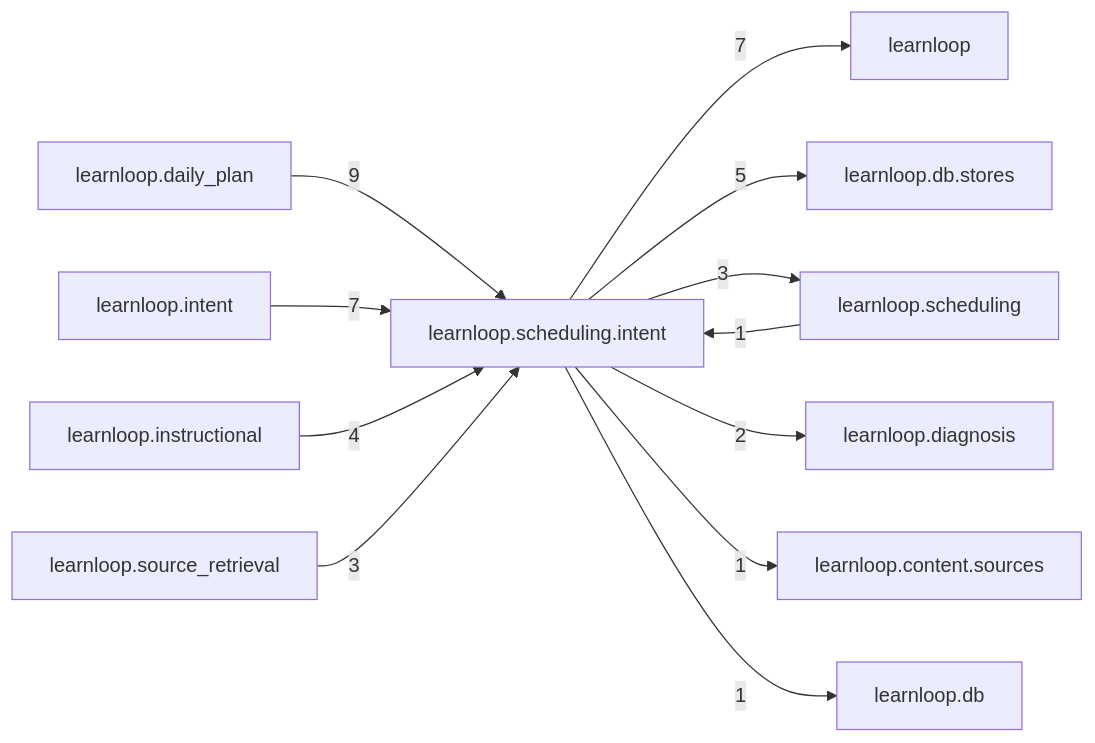
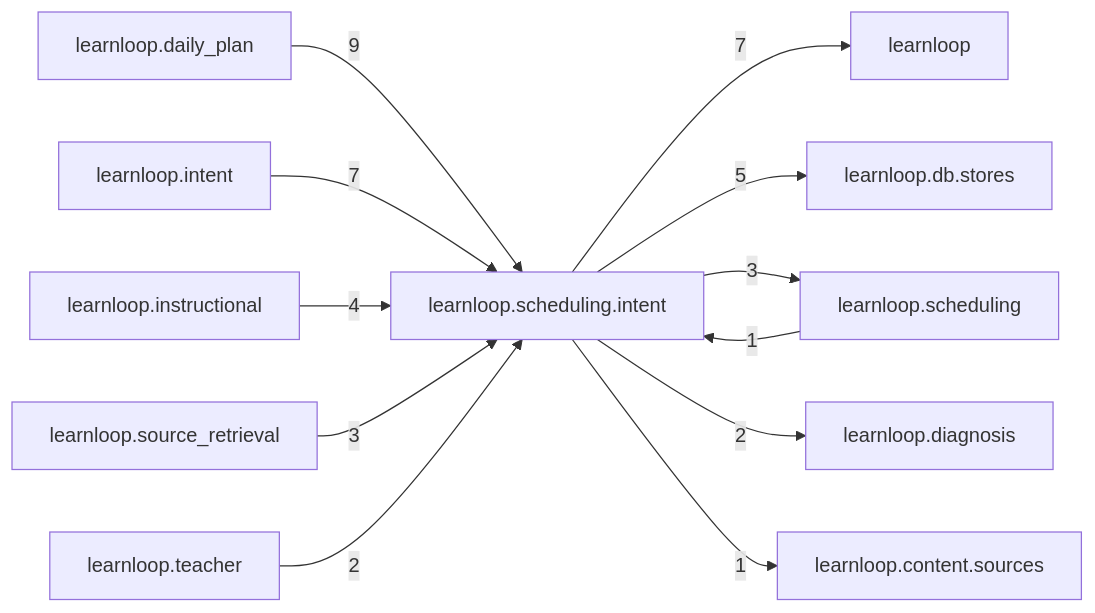
The diagram in docs/learnloop-architecture-vault/Reference/Modules/learnloop/scheduling/intent/_package.md (6up-b/learnanything), drawn with Mermaid before and after one commit. The commit also changed other lines of this file and 77 other files, not shown here.

````diff
--- a/docs/learnloop-architecture-vault/Reference/Modules/learnloop/scheduling/intent/_package.md
+++ b/docs/learnloop-architecture-vault/Reference/Modules/learnloop/scheduling/intent/_package.md
@@ -84,25 +85,25 @@
 ```mermaid
 flowchart LR
     center["learnloop.scheduling.intent"]
     n_learnloop_daily_plan["learnloop.daily_plan"]
     n_learnloop["learnloop"]
     n_learnloop_intent["learnloop.intent"]
     n_learnloop_db_stores["learnloop.db.stores"]
     n_learnloop_instructional["learnloop.instructional"]
     n_learnloop_scheduling["learnloop.scheduling"]
     n_learnloop_source_retrieval["learnloop.source_retrieval"]
     n_learnloop_diagnosis["learnloop.diagnosis"]
+    n_learnloop_teacher["learnloop.teacher"]
     n_learnloop_content_sources["learnloop.content.sources"]
-    n_learnloop_db["learnloop.db"]
     n_learnloop_daily_plan -->|9| center
     center -->|7| n_learnloop
     n_learnloop_intent -->|7| center
     center -->|5| n_learnloop_db_stores
     n_learnloop_instructional -->|4| center
     n_learnloop_scheduling -->|1| center
     center -->|3| n_learnloop_scheduling
     n_learnloop_source_retrieval -->|3| center
     center -->|2| n_learnloop_diagnosis
+    n_learnloop_teacher -->|2| center
     center -->|1| n_learnloop_content_sources
-    center -->|1| n_learnloop_db
 ```
````
